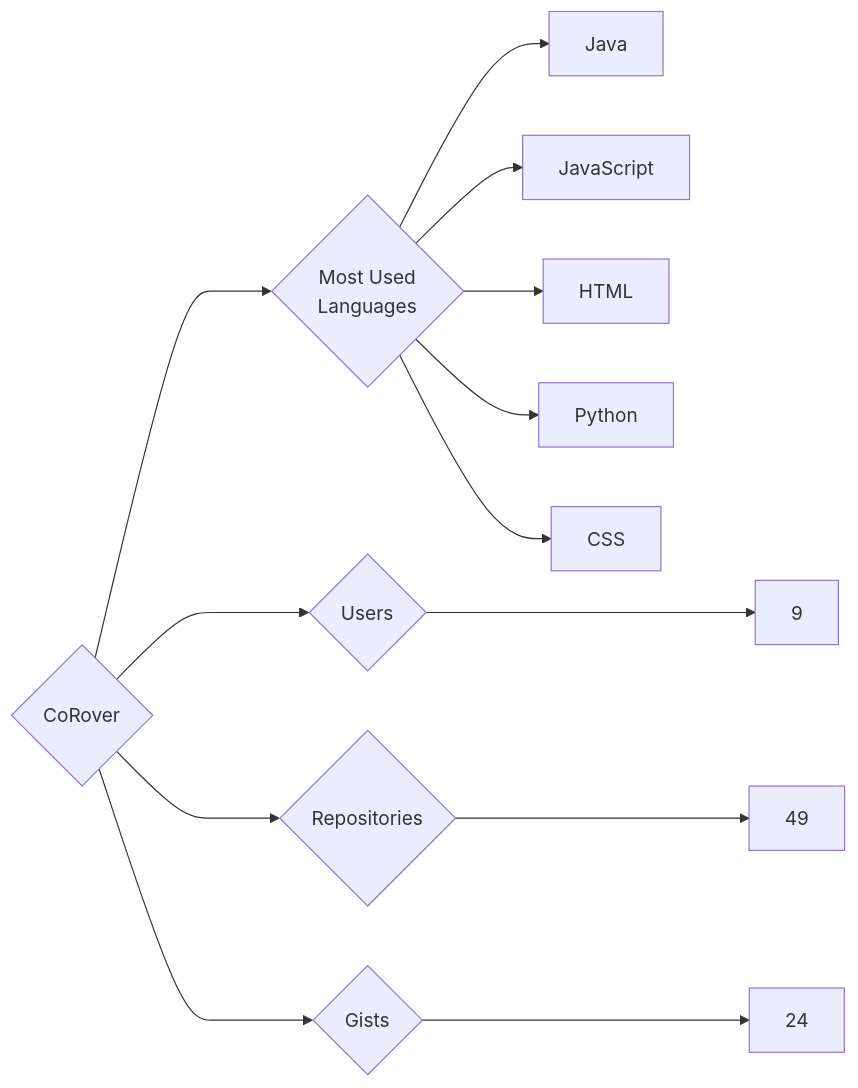
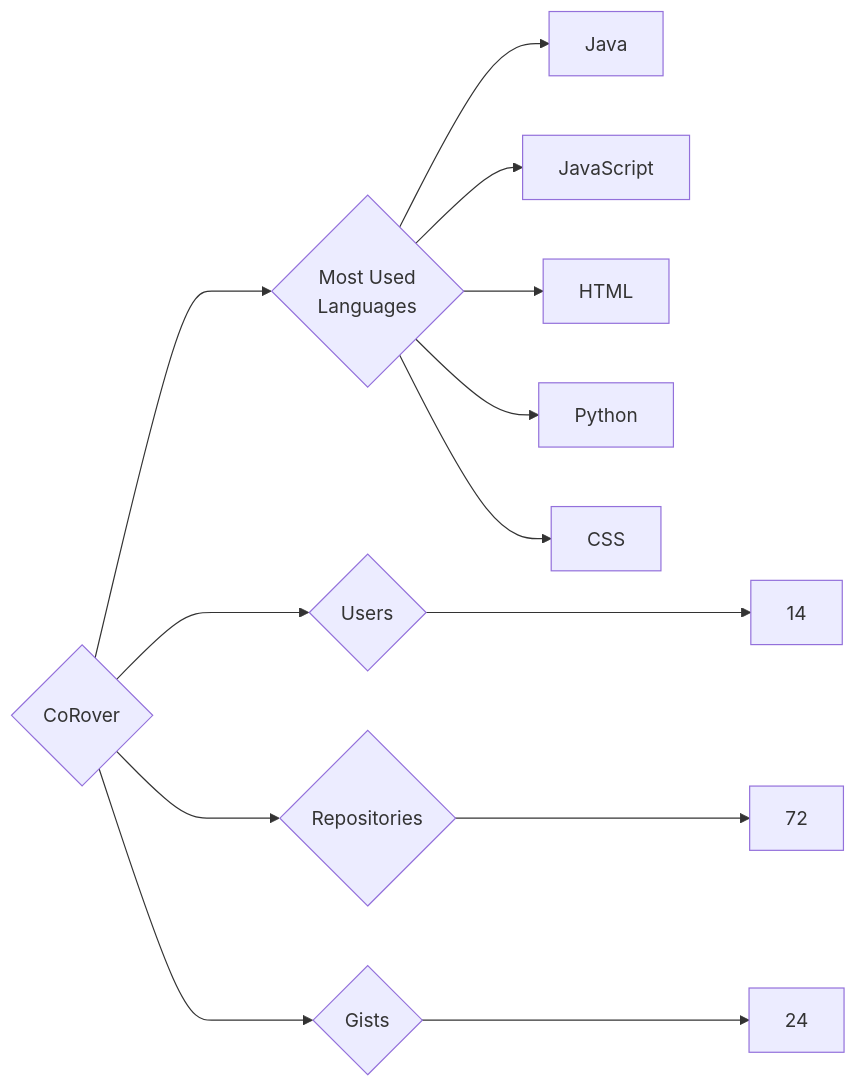
The diagram in targets/CoRover/README.md (trickest/insiders), drawn with Mermaid before and after one commit. The commit also changed 942 other files, not shown here.

````diff
--- a/targets/CoRover/README.md
+++ b/targets/CoRover/README.md
@@ -3,13 +3,13 @@
 ```mermaid
 graph LR
 COMPANY_NAME{CoRover}
-COMPANY_NAME ---> U{Users} ---> UN[9]
-COMPANY_NAME ---> R{Repositories} ---> RN[49]
+COMPANY_NAME ---> U{Users} ---> UN[14]
+COMPANY_NAME ---> R{Repositories} ---> RN[72]
 COMPANY_NAME ---> G{Gists} ---> GN[24]
 COMPANY_NAME ---> ML{Most Used<br>Languages}
 ML --> Java[Java]
 ML --> JavaScript[JavaScript]
 ML --> HTML[HTML]
 ML --> Python[Python]
 ML --> CSS[CSS]
 ```
````
